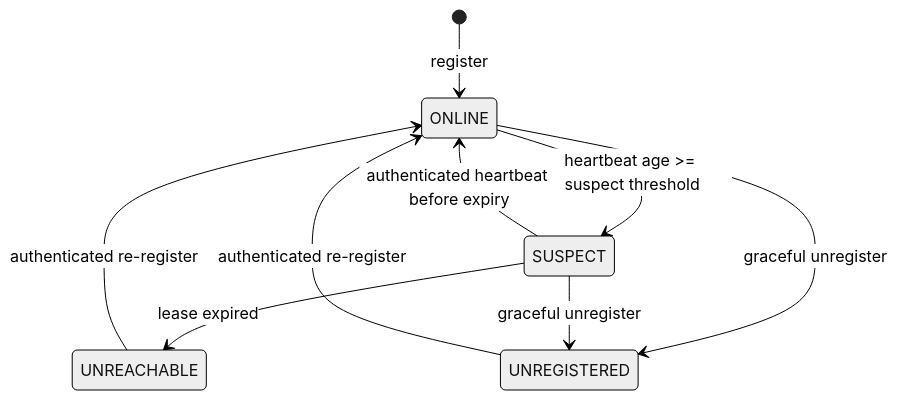
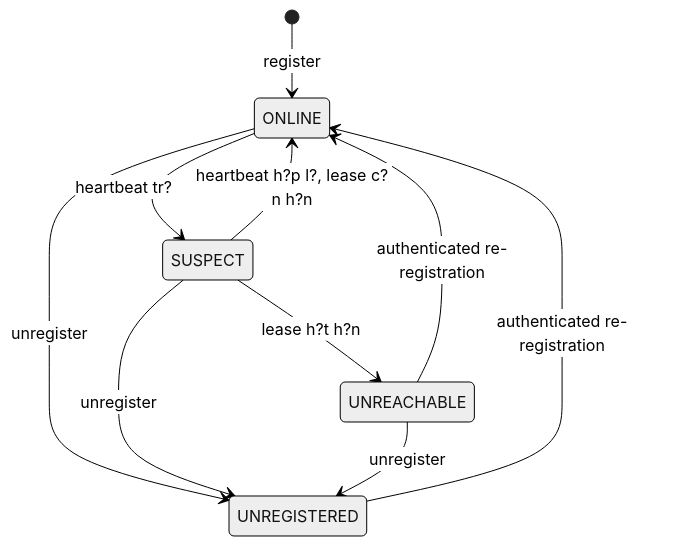
The fourth of 4 diagrams in docs/architecture.md (HPHind110/agent-registry), drawn with Mermaid (neutral theme) before and after one commit. The commit also changed other lines of this file and 5 other files, not shown here.

````diff
--- a/docs/architecture.md
+++ b/docs/architecture.md
@@ -9,11 +124,12 @@
 ```mermaid
 stateDiagram-v2
     [*] --> ONLINE: register
-    ONLINE --> SUSPECT: heartbeat age >= suspect threshold
-    SUSPECT --> ONLINE: authenticated heartbeat before expiry
-    SUSPECT --> UNREACHABLE: lease expired
-    UNREACHABLE --> ONLINE: authenticated re-register
-    ONLINE --> UNREGISTERED: graceful unregister
-    SUSPECT --> UNREGISTERED: graceful unregister
-    UNREGISTERED --> ONLINE: authenticated re-register
+    ONLINE --> SUSPECT: heartbeat tr?
+    SUSPECT --> ONLINE: heartbeat h?p l?, lease c?n h?n
+    SUSPECT --> UNREACHABLE: lease h?t h?n
+    UNREACHABLE --> ONLINE: authenticated re-registration
+    ONLINE --> UNREGISTERED: unregister
+    SUSPECT --> UNREGISTERED: unregister
+    UNREACHABLE --> UNREGISTERED: unregister
+    UNREGISTERED --> ONLINE: authenticated re-registration
 ```
````
